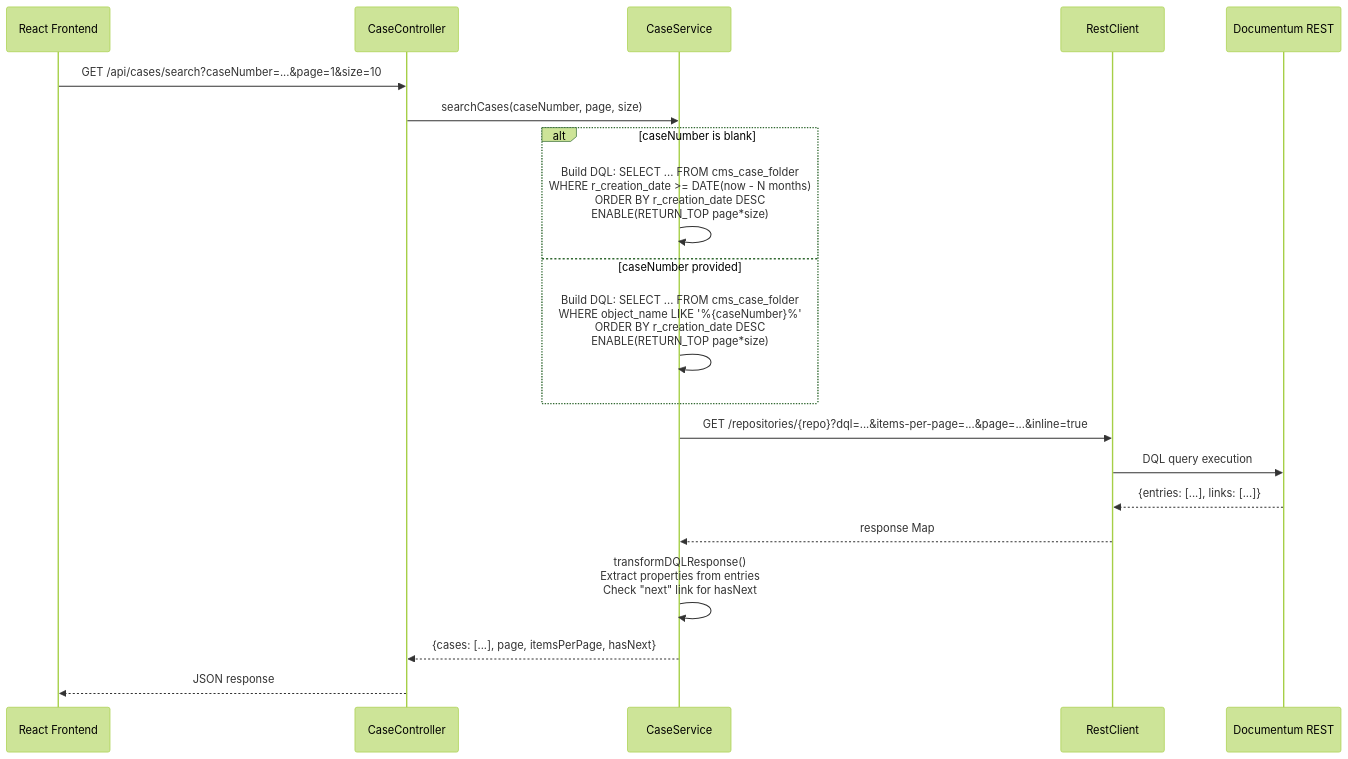
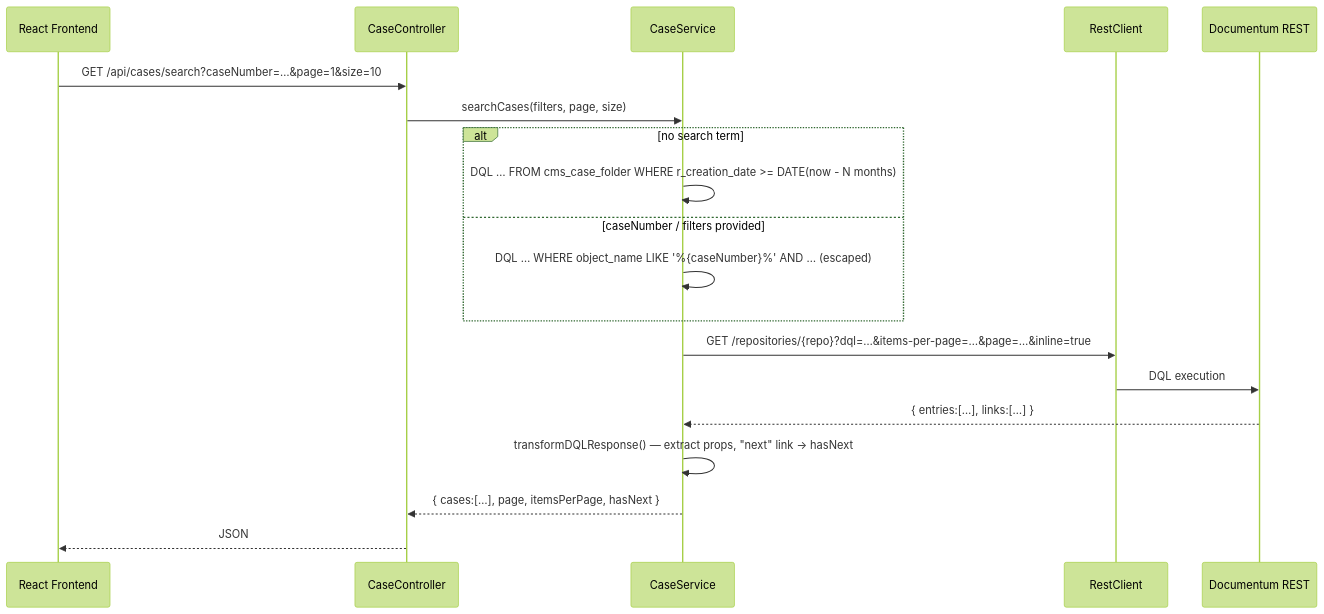
One commit to Ramanjaneyulu-V-V-S/NEO-ADMIN changed the fifth of 6 diagrams in techdocs/backend-architecture.md. Above: the diagram before and after it, drawn with Mermaid (forest theme). The commit also changed other lines of this file, not shown here.

First line of the commit message:
docs: rewrite backend architecture doc to match current backend

````diff
--- a/techdocs/backend-architecture.md
+++ b/techdocs/backend-architecture.md
@@ -224,27 +466,22 @@
 ```mermaid
 sequenceDiagram
     participant FE as React Frontend
     participant CC as CaseController
     participant CS as CaseService
     participant RC as RestClient
     participant DCTM as Documentum REST
 
-    FE->>CC: GET /api/cases/search?caseNumber=...&page=1&size=10
-    CC->>CS: searchCases(caseNumber, page, size)
-
-    alt caseNumber is blank
-        CS->>CS: Build DQL: SELECT ... FROM cms_case_folder<br/>WHERE r_creation_date >= DATE(now - N months)<br/>ORDER BY r_creation_date DESC<br/>ENABLE(RETURN_TOP page*size)
-    else caseNumber provided
-        CS->>CS: Build DQL: SELECT ... FROM cms_case_folder<br/>WHERE object_name LIKE '%{caseNumber}%'<br/>ORDER BY r_creation_date DESC<br/>ENABLE(RETURN_TOP page*size)
+    FE->>CC: GET /api/cases/search?caseNumber=…&page=1&size=10
+    CC->>CS: searchCases(filters, page, size)
+    alt no search term
+        CS->>CS: DQL … FROM cms_case_folder WHERE r_creation_date >= DATE(now - N months)
+    else caseNumber / filters provided
+        CS->>CS: DQL … WHERE object_name LIKE '%{caseNumber}%' AND … (escaped)
     end
-
-    CS->>RC: GET /repositories/{repo}?dql=...&items-per-page=...&page=...&inline=true
-    RC->>DCTM: DQL query execution
-    DCTM-->>RC: {entries: [...], links: [...]}
-    RC-->>CS: response Map
-
-    CS->>CS: transformDQLResponse()<br/>Extract properties from entries<br/>Check "next" link for hasNext
-
-    CS-->>CC: {cases: [...], page, itemsPerPage, hasNext}
-    CC-->>FE: JSON response
+    CS->>RC: GET /repositories/{repo}?dql=…&items-per-page=…&page=…&inline=true
+    RC->>DCTM: DQL execution
+    DCTM-->>CS: { entries:[…], links:[…] }
+    CS->>CS: transformDQLResponse() — extract props, "next" link → hasNext
+    CS-->>CC: { cases:[…], page, itemsPerPage, hasNext }
+    CC-->>FE: JSON
 ```
````
